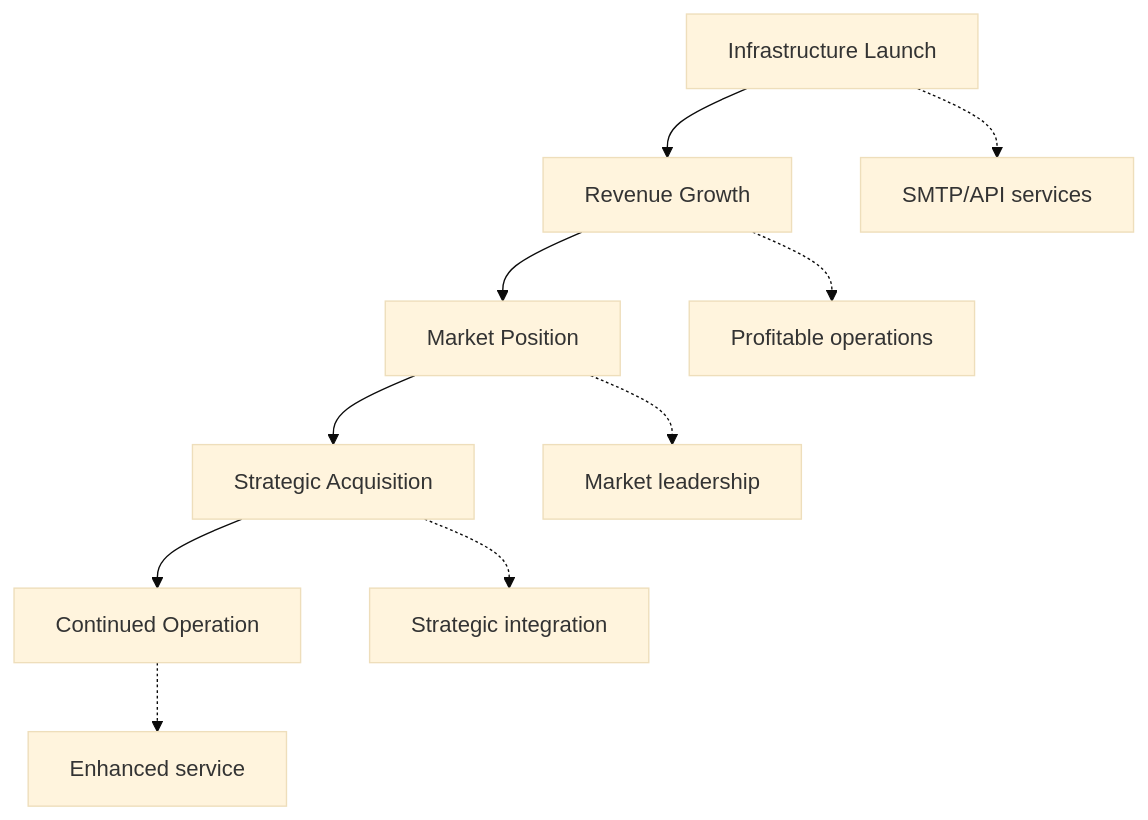
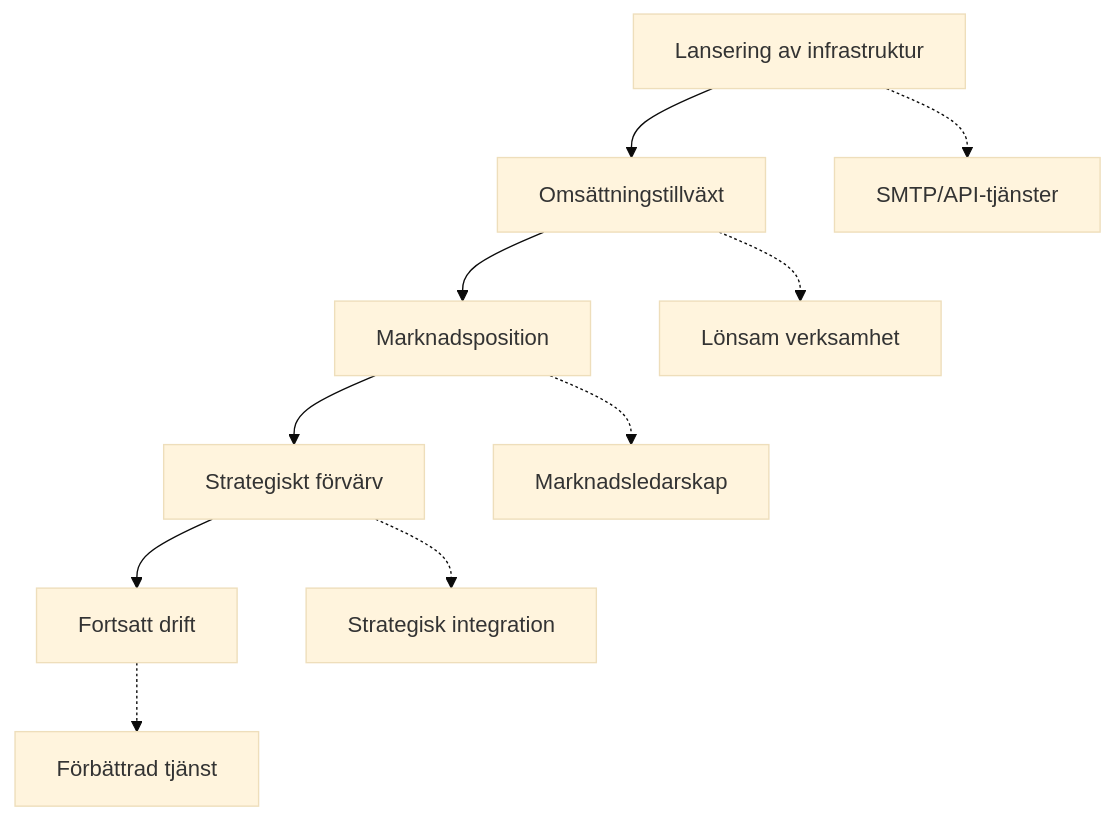
One commit to forwardemail/forwardemail.net changed the sixth of 10 diagrams in app/views/docs/email-startup-graveyard-why-80-percent-email-companies-fail/index-sv.md. Above: the diagram before and after it, drawn with Mermaid (base theme). The commit also changed other lines of this file and 1055 other files, not shown here.

````diff
--- a/app/views/docs/email-startup-graveyard-why-80-percent-email-companies-fail/index-sv.md
+++ b/app/views/docs/email-startup-graveyard-why-80-percent-email-companies-fail/index-sv.md
@@ -354,13 +355,13 @@
 ```mermaid
 flowchart TD
-    F[Infrastructure Launch] --> G[Revenue Growth]
-    G --> H[Market Position]
-    H --> I[Strategic Acquisition]
-    I --> J[Continued Operation]
+    F[Lansering av infrastruktur] --> G[Omsättningstillväxt]
+    G --> H[Marknadsposition]
+    H --> I[Strategiskt förvärv]
+    I --> J[Fortsatt drift]
 
-    F -.-> F1["SMTP/API services"]
-    G -.-> G1["Profitable operations"]
-    H -.-> H1["Market leadership"]
-    I -.-> I1["Strategic integration"]
-    J -.-> J1["Enhanced service"]
+    F -.-> F1["SMTP/API-tjänster"]
+    G -.-> G1["Lönsam verksamhet"]
+    H -.-> H1["Marknadsledarskap"]
+    I -.-> I1["Strategisk integration"]
+    J -.-> J1["Förbättrad tjänst"]
 ```
````
